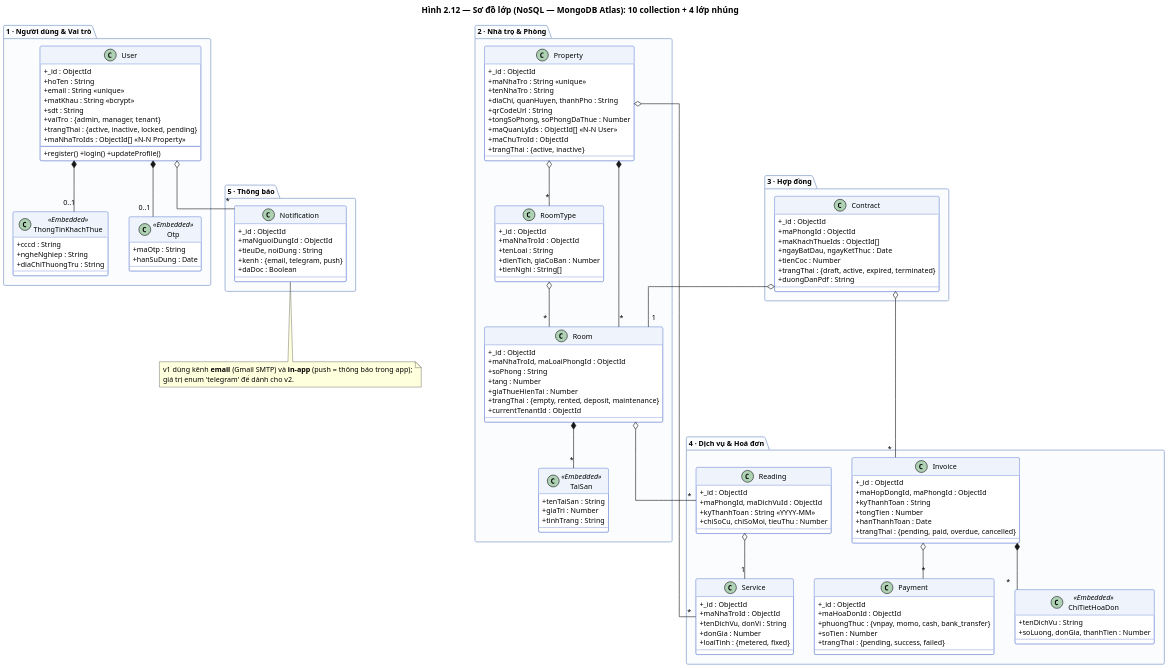
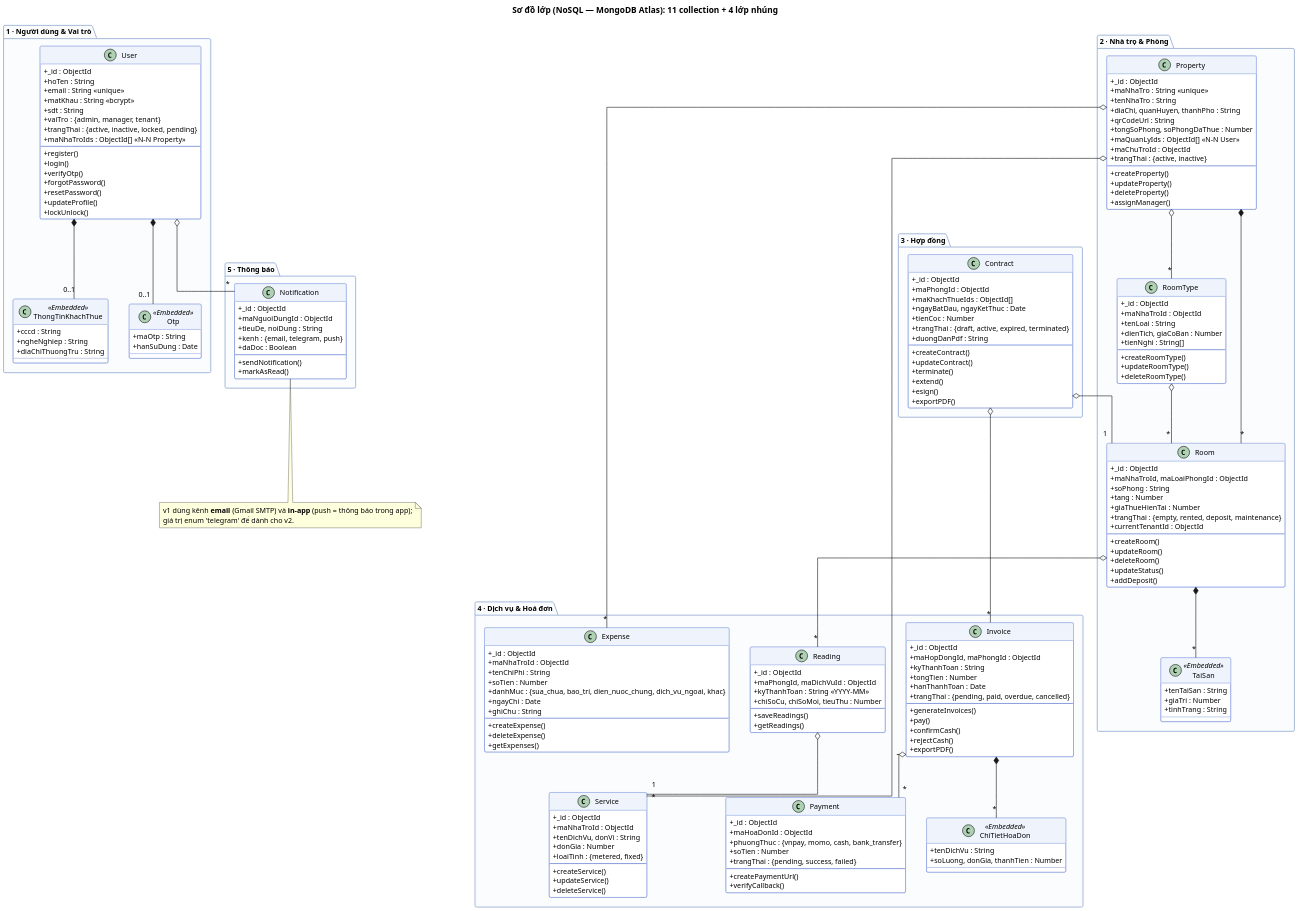
One commit to DiepTuHuy/Hostel_Management changed the diagram in docs/diagrams/2.12_class_diagram.puml. Above: the diagram before and after it, drawn with PlantUML. The commit also changed 26 other files, not shown here.

```diff
--- a/docs/diagrams/2.12_class_diagram.puml
+++ b/docs/diagrams/2.12_class_diagram.puml
@@ -1,5 +1,5 @@
 @startuml ClassDiagram
-title Hình 2.12 — Sơ đồ lớp (NoSQL — MongoDB Atlas): 10 collection + 4 lớp nhúng
+title Sơ đồ lớp (NoSQL — MongoDB Atlas): 11 collection + 4 lớp nhúng
 
 skinparam dpi 150
 skinparam shadowing false
@@ -28,7 +28,13 @@
     +trangThai : {active, inactive, locked, pending}
     +maNhaTroIds : ObjectId[] <<N–N Property>>
     --
-    +register() +login() +updateProfile()
+    +register()
+    +login()
+    +verifyOtp()
+    +forgotPassword()
+    +resetPassword()
+    +updateProfile()
+    +lockUnlock()
   }
   class ThongTinKhachThue <<Embedded>> {
     +cccd : String
@@ -54,6 +60,11 @@
     +maQuanLyIds : ObjectId[] <<N–N User>>
     +maChuTroId : ObjectId
     +trangThai : {active, inactive}
+    --
+    +createProperty()
+    +updateProperty()
+    +deleteProperty()
+    +assignManager()
   }
   class RoomType {
     +_id : ObjectId
@@ -61,6 +72,10 @@
     +tenLoai : String
     +dienTich, giaCoBan : Number
     +tienNghi : String[]
+    --
+    +createRoomType()
+    +updateRoomType()
+    +deleteRoomType()
   }
   class Room {
     +_id : ObjectId
@@ -70,6 +85,12 @@
     +giaThueHienTai : Number
     +trangThai : {empty, rented, deposit, maintenance}
     +currentTenantId : ObjectId
+    --
+    +createRoom()
+    +updateRoom()
+    +deleteRoom()
+    +updateStatus()
+    +addDeposit()
   }
   class TaiSan <<Embedded>> {
     +tenTaiSan : String
@@ -91,6 +112,13 @@
     +tienCoc : Number
     +trangThai : {draft, active, expired, terminated}
     +duongDanPdf : String
+    --
+    +createContract()
+    +updateContract()
+    +terminate()
+    +extend()
+    +esign()
+    +exportPDF()
   }
   Contract o-- "1" Room
 }
@@ -102,12 +130,19 @@
     +tenDichVu, donVi : String
     +donGia : Number
     +loaiTinh : {metered, fixed}
+    --
+    +createService()
+    +updateService()
+    +deleteService()
   }
   class Reading {
     +_id : ObjectId
     +maPhongId, maDichVuId : ObjectId
     +kyThanhToan : String <<YYYY-MM>>
     +chiSoCu, chiSoMoi, tieuThu : Number
+    --
+    +saveReadings()
+    +getReadings()
   }
   class Invoice {
     +_id : ObjectId
@@ -116,6 +151,12 @@
     +tongTien : Number
     +hanThanhToan : Date
     +trangThai : {pending, paid, overdue, cancelled}
+    --
+    +generateInvoices()
+    +pay()
+    +confirmCash()
+    +rejectCash()
+    +exportPDF()
   }
   class ChiTietHoaDon <<Embedded>> {
     +tenDichVu : String
@@ -127,8 +168,25 @@
     +phuongThuc : {vnpay, momo, cash, bank_transfer}
     +soTien : Number
     +trangThai : {pending, success, failed}
+    --
+    +createPaymentUrl()
+    +verifyCallback()
+  }
+  class Expense {
+    +_id : ObjectId
+    +maNhaTroId : ObjectId
+    +tenChiPhi : String
+    +soTien : Number
+    +danhMuc : {sua_chua, bao_tri, dien_nuoc_chung, dich_vu_ngoai, khac}
+    +ngayChi : Date
+    +ghiChu : String
+    --
+    +createExpense()
+    +deleteExpense()
+    +getExpenses()
   }
   Property o-- "*" Service
+  Property o-- "*" Expense
   Room o-- "*" Reading
   Reading o-- "1" Service
   Contract o-- "*" Invoice
@@ -143,6 +201,9 @@
     +tieuDe, noiDung : String
     +kenh : {email, telegram, push}
     +daDoc : Boolean
+    --
+    +sendNotification()
+    +markAsRead()
   }
   User o-- "*" Notification
 }
```
